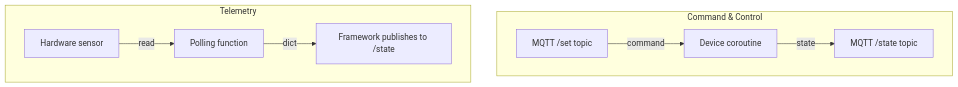
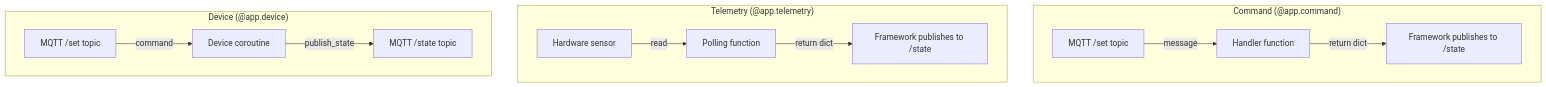
Before and after one commit to ff-fab/cosalette: the diagram in docs/concepts/device-archetypes.md, drawn with Mermaid. The commit also changed other lines of this file and 16 other files, not shown here.

First line of the commit message:
feat: add @app.command() decorator for command handler registration (#23)

````diff
--- a/docs/concepts/device-archetypes.md
+++ b/docs/concepts/device-archetypes.md
@@ -21,11 +21,15 @@
 ```mermaid
 graph TB
-    subgraph "Command & Control"
-        A[MQTT /set topic] -->|command| B[Device coroutine]
-        B -->|state| C[MQTT /state topic]
+    subgraph "Command (@app.command)"
+        A1[MQTT /set topic] -->|message| B1[Handler function]
+        B1 -->|return dict| C1[Framework publishes to /state]
     end
-    subgraph "Telemetry"
+    subgraph "Telemetry (@app.telemetry)"
         D[Hardware sensor] -->|read| E[Polling function]
-        E -->|dict| F[Framework publishes to /state]
+        E -->|return dict| F[Framework publishes to /state]
+    end
+    subgraph "Device (@app.device)"
+        A2[MQTT /set topic] -->|command| B2[Device coroutine]
+        B2 -->|publish_state| C2[MQTT /state topic]
     end
 ```
````
